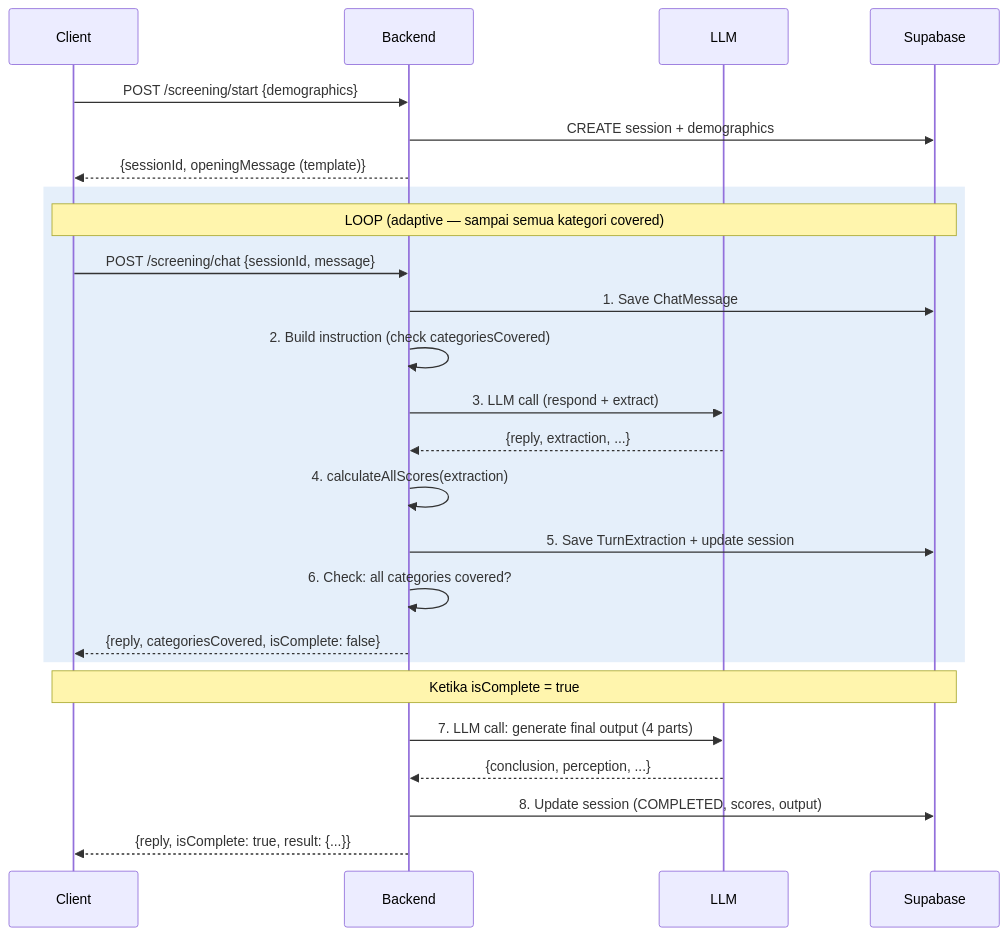
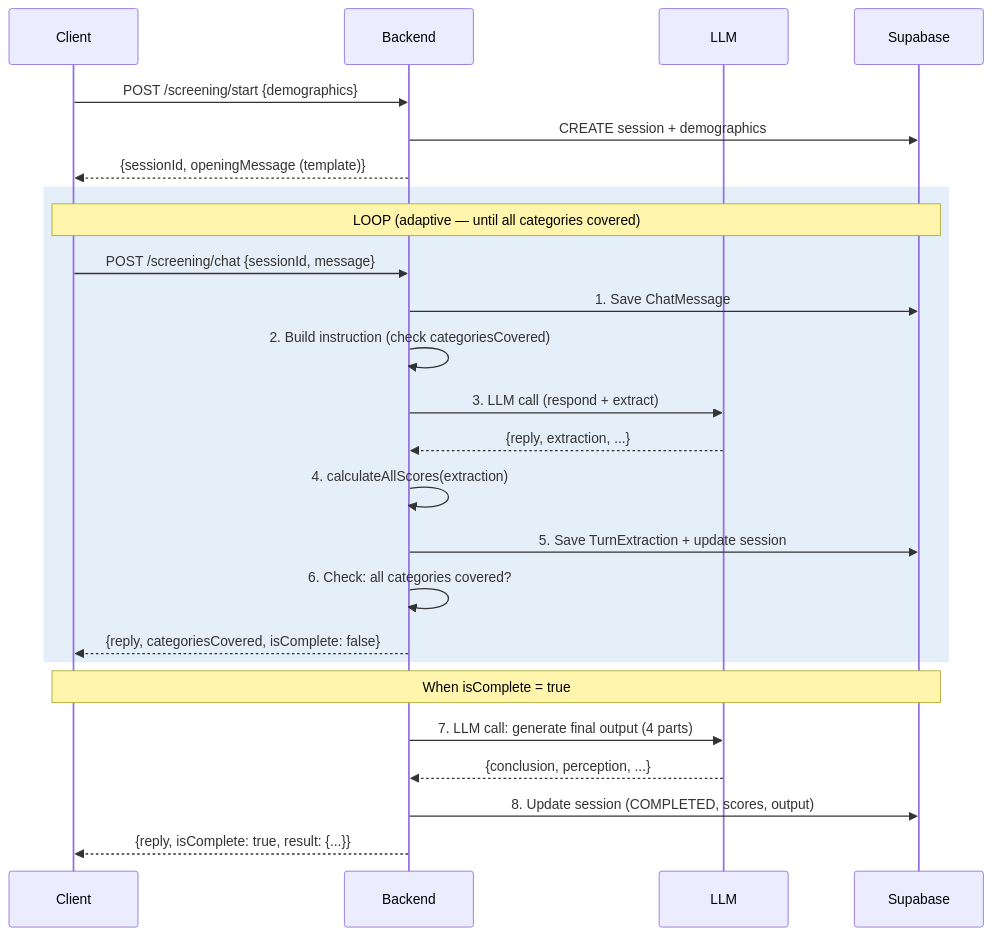
One commit to yarsi-ai/sicaps changed the second of 2 diagrams in docs/TECHNICAL_SPEC.md. Above: the diagram before and after it, drawn with Mermaid. The commit also changed other lines of this file and 7 other files, not shown here.

````diff
--- a/docs/TECHNICAL_SPEC.md
+++ b/docs/TECHNICAL_SPEC.md
@@ -484,30 +484,30 @@
 ```mermaid
 sequenceDiagram
     participant C as Client
     participant B as Backend
     participant L as LLM
     participant DB as Supabase
 
     C->>B: POST /screening/start {demographics}
     B->>DB: CREATE session + demographics
     B-->>C: {sessionId, openingMessage (template)}
 
     rect rgba(0, 100, 200, 0.1)
-    note over C,DB: LOOP (adaptive — sampai semua kategori covered)
+    note over C,DB: LOOP (adaptive — until all categories covered)
     C->>B: POST /screening/chat {sessionId, message}
     B->>DB: 1. Save ChatMessage
     B->>B: 2. Build instruction (check categoriesCovered)
     B->>L: 3. LLM call (respond + extract)
     L-->>B: {reply, extraction, ...}
     B->>B: 4. calculateAllScores(extraction)
     B->>DB: 5. Save TurnExtraction + update session
     B->>B: 6. Check: all categories covered?
     B-->>C: {reply, categoriesCovered, isComplete: false}
     end
 
-    note over C,DB: Ketika isComplete = true
+    note over C,DB: When isComplete = true
     B->>L: 7. LLM call: generate final output (4 parts)
     L-->>B: {conclusion, perception, ...}
     B->>DB: 8. Update session (COMPLETED, scores, output)
     B-->>C: {reply, isComplete: true, result: {...}}
 ```
````
